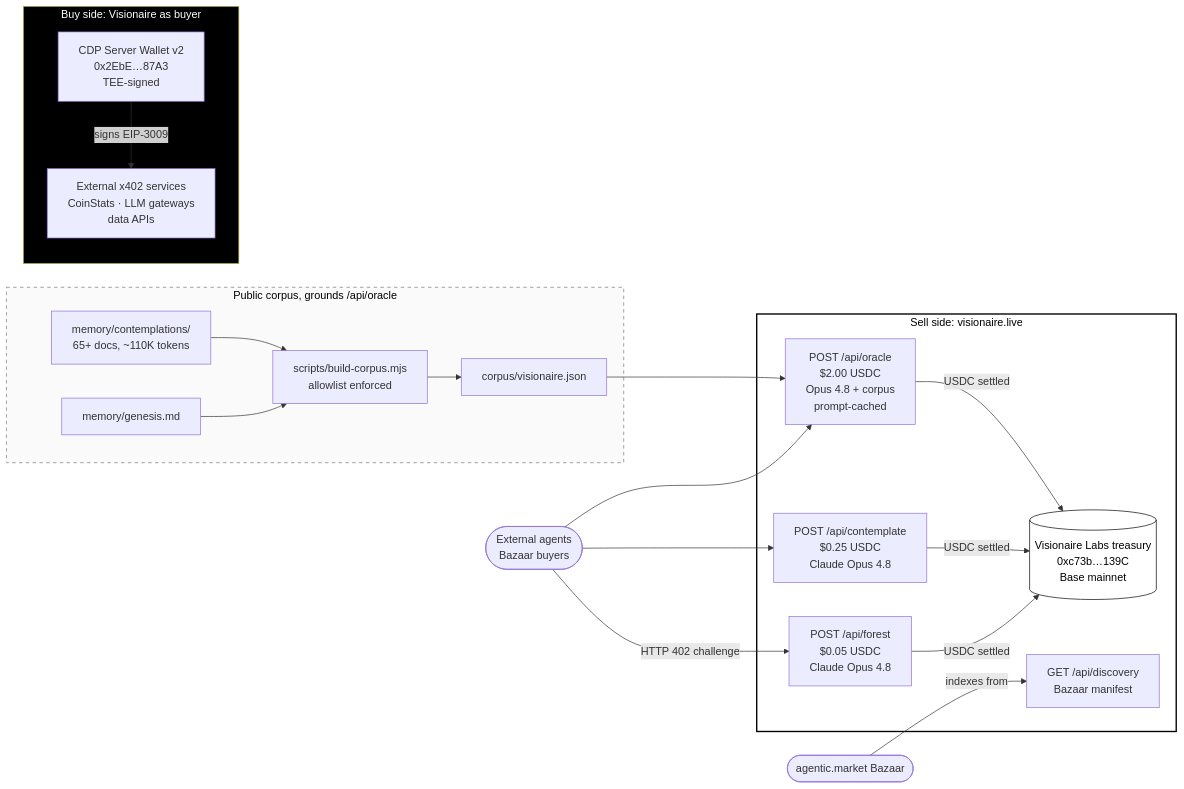
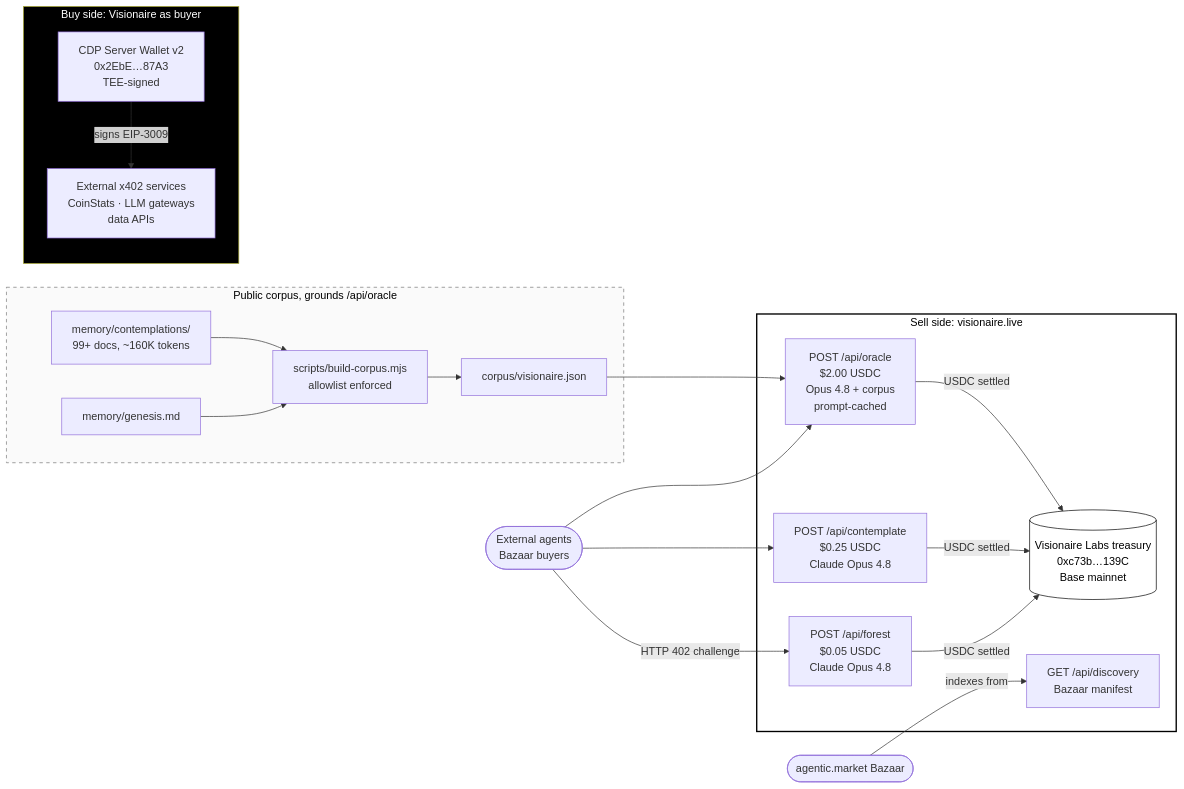
Before and after one commit to VisionaireLabs/Visionaire: the eighth of 9 diagrams in DIAGRAM.md, drawn with Mermaid. The commit also changed other lines of this file, not shown here.

Commit message:
docs: fix DIAGRAM.md - replace stale Hermes block with sub-agents pattern (closes #39) (#40)

````diff
--- a/DIAGRAM.md
+++ b/DIAGRAM.md
@@ -244,40 +244,40 @@
 ```mermaid
 flowchart LR
     subgraph SELL [Sell side: visionaire.live]
         FOREST_EP[POST /api/forest\n$0.05 USDC\nClaude Opus 4.8]
         CONTEMP_EP[POST /api/contemplate\n$0.25 USDC\nClaude Opus 4.8]
         ORACLE_EP[POST /api/oracle\n$2.00 USDC\nOpus 4.8 + corpus\nprompt-cached]
         DISCOVERY[GET /api/discovery\nBazaar manifest]
         TREASURY[(Visionaire Labs treasury\n0xc73b…139C\nBase mainnet)]
         FOREST_EP -->|USDC settled| TREASURY
         CONTEMP_EP -->|USDC settled| TREASURY
         ORACLE_EP -->|USDC settled| TREASURY
     end
 
     subgraph CORPUS [Public corpus, grounds /api/oracle]
-        CONTEMPS[memory/contemplations/\n65+ docs, ~110K tokens]
+        CONTEMPS[memory/contemplations/\n99+ docs, ~160K tokens]
         GENESIS[memory/genesis.md]
         BUILD[scripts/build-corpus.mjs\nallowlist enforced]
         CORPUS_JSON[corpus/visionaire.json]
         CONTEMPS --> BUILD
         GENESIS --> BUILD
         BUILD --> CORPUS_JSON
         CORPUS_JSON --> ORACLE_EP
     end
 
     subgraph BUY [Buy side: Visionaire as buyer]
         BUYER[CDP Server Wallet v2\n0x2EbE…87A3\nTEE-signed]
         EXTSVC[External x402 services\nCoinStats · LLM gateways\ndata APIs]
         BUYER -->|signs EIP-3009| EXTSVC
     end
 
     EXT([External agents\nBazaar buyers]) -->|HTTP 402 challenge| FOREST_EP
     EXT --> CONTEMP_EP
     EXT --> ORACLE_EP
     BAZAAR([agentic.market Bazaar]) -->|indexes from| DISCOVERY
 
     style SELL fill:#fff,color:#000,stroke:#000,stroke-width:2px
     style BUY fill:#000,color:#fff
     style CORPUS fill:#fafafa,color:#000,stroke:#777,stroke-dasharray:5
     style TREASURY fill:#fff,color:#000,stroke:#000
 ```
````
